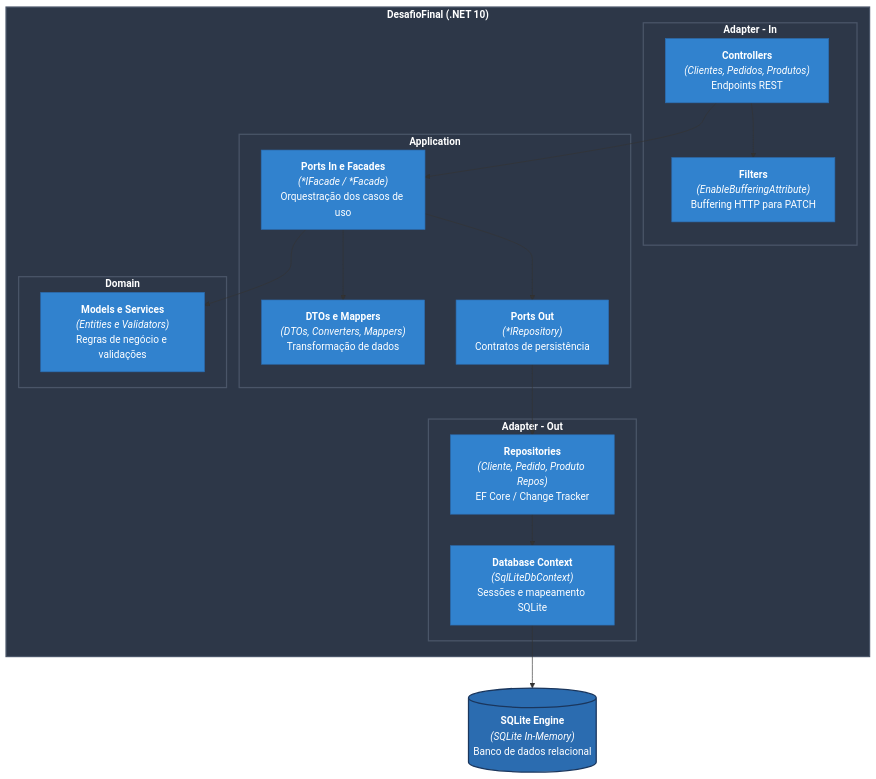
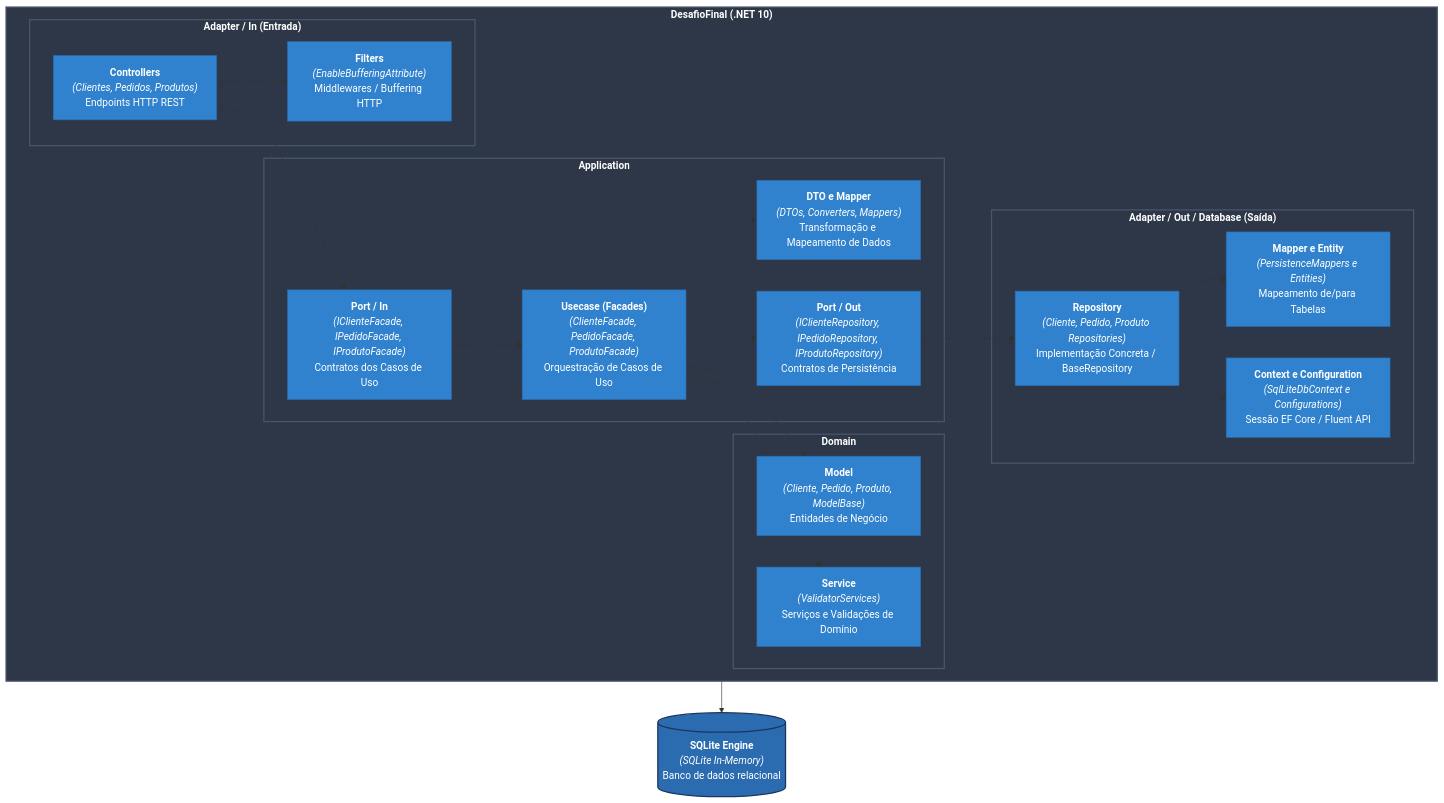
The third of 3 diagrams in README.md (JuliermeCosta/DesafioFinal), drawn with Mermaid before and after one commit.

Commit message:
Atualização do README.md

````diff
--- a/README.md
+++ b/README.md
@@ -49,44 +49,51 @@
 ```mermaid
 flowchart TD
     classDef boundaryStyle fill:#2d3748,stroke:#4a5568,stroke-width:2px,color:#fff,font-weight:bold;
     classDef componentStyle fill:#3182ce,stroke:#2b6cb0,stroke-width:1px,color:#fff;
     classDef dbStyle fill:#2b6cb0,stroke:#1a365d,stroke-width:2px,color:#fff;
 
     subgraph API ["DesafioFinal (.NET 10)"]
-            
-        subgraph AdapterIn ["Adapter - In"]
-            Controllers["<b>Controllers</b><br/><i>(Clientes, Pedidos, Produtos)</i><br/>Endpoints REST"]
-            Filters["<b>Filters</b><br/><i>(EnableBufferingAttribute)</i><br/>Buffering HTTP para PATCH"]
-        end
+        direction LR
 
         subgraph Application ["Application"]
-            PortsIn["<b>Ports In e Facades</b><br/><i>(*IFacade / *Facade)</i><br/>Orquestração dos casos de uso"]
-            AppMappers["<b>DTOs e Mappers</b><br/><i>(DTOs, Converters, Mappers)</i><br/>Transformação de dados"]
-            PortsOut["<b>Ports Out</b><br/><i>(*IRepository)</i><br/>Contratos de persistência"]
+            PortsIn["<b>Port / In</b><br/><i>(IClienteFacade, IPedidoFacade, IProdutoFacade)</i><br/>Contratos dos Casos de Uso"]
+            Usecases["<b>Usecase (Facades)</b><br/><i>(ClienteFacade, PedidoFacade, ProdutoFacade)</i><br/>Orquestração de Casos de Uso"]
+            DTOsMappers["<b>DTO e Mapper</b><br/><i>(DTOs, Converters, Mappers)</i><br/>Transformação e Mapeamento de Dados"]
+            PortsOut["<b>Port / Out</b><br/><i>(IClienteRepository, IPedidoRepository, IProdutoRepository)</i><br/>Contratos de Persistência"]
         end
 
         subgraph Domain ["Domain"]
-            Models["<b>Models e Services</b><br/><i>(Entities e Validators)</i><br/>Regras de negócio e validações"]
+            Models["<b>Model</b><br/><i>(Cliente, Pedido, Produto, ModelBase)</i><br/>Entidades de Negócio"]
+            Services["<b>Service</b><br/><i>(ValidatorServices)</i><br/>Serviços e Validações de Domínio"]
         end
 
-        subgraph AdapterOut ["Adapter - Out"]
-            Repos["<b>Repositories</b><br/><i>(Cliente, Pedido, Produto Repos)</i><br/>EF Core / Change Tracker"]
-            DbContext["<b>Database Context</b><br/><i>(SqlLiteDbContext)</i><br/>Sessões e mapeamento SQLite"]
+        subgraph AdapterOut ["Adapter / Out / Database (Saída)"]
+            Repos["<b>Repository</b><br/><i>(Cliente, Pedido, Produto Repositories)</i><br/>Implementação Concreta / BaseRepository"]
+            PersistenceMappers["<b>Mapper e Entity</b><br/><i>(PersistenceMappers e Entities)</i><br/>Mapeamento de/para Tabelas"]
+            DbContext["<b>Context e Configuration</b><br/><i>(SqlLiteDbContext e Configurations)</i><br/>Sessão EF Core / Fluent API"]
+        end
+
+        subgraph AdapterIn ["Adapter / In (Entrada)"]
+            Controllers["<b>Controllers</b><br/><i>(Clientes, Pedidos, Produtos)</i><br/>Endpoints HTTP REST"]
+            Filters["<b>Filters</b><br/><i>(EnableBufferingAttribute)</i><br/>Middlewares / Buffering HTTP"]
         end
     end
 
-SQLite[("<b>SQLite Engine</b><br/><i>(SQLite In-Memory)</i><br/>Banco de dados relacional")]
+    SQLite[("<b>SQLite Engine</b><br/><i>(SQLite In-Memory)</i><br/>Banco de dados relacional")]
 
     class Title,API,AdapterIn,Application,Domain,AdapterOut boundaryStyle;
-    class Controllers,Filters,PortsIn,AppMappers,PortsOut,Models,Repos,DbContext componentStyle;
+    class Controllers,Filters,PortsIn,Usecases,DTOsMappers,PortsOut,Models,Services,Repos,PersistenceMappers,DbContext componentStyle;
     class SQLite dbStyle;
 
     Controllers --> Filters
     Controllers --> PortsIn
-    PortsIn --> AppMappers
-    PortsIn --> Models
-    PortsIn --> PortsOut
+    PortsIn --> Usecases
+    Usecases --> DTOsMappers
+    Usecases --> Models
+    Usecases --> Services
+    Usecases --> PortsOut
     PortsOut --> Repos
+    Repos --> PersistenceMappers
     Repos --> DbContext
     DbContext --> SQLite
 ```
````
